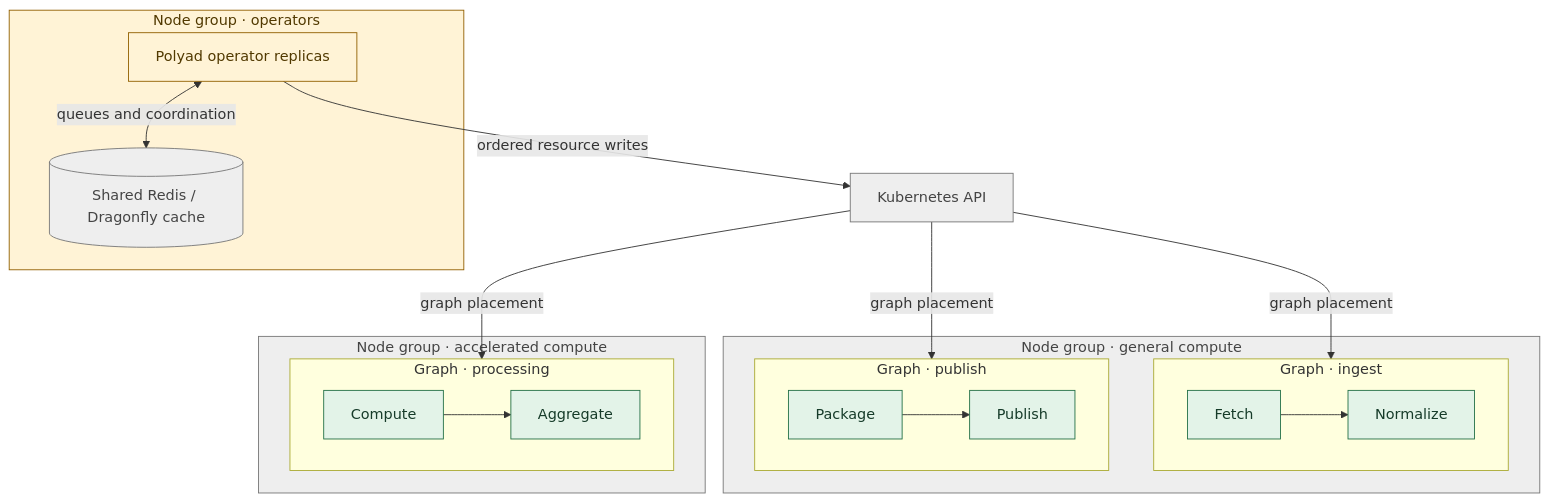
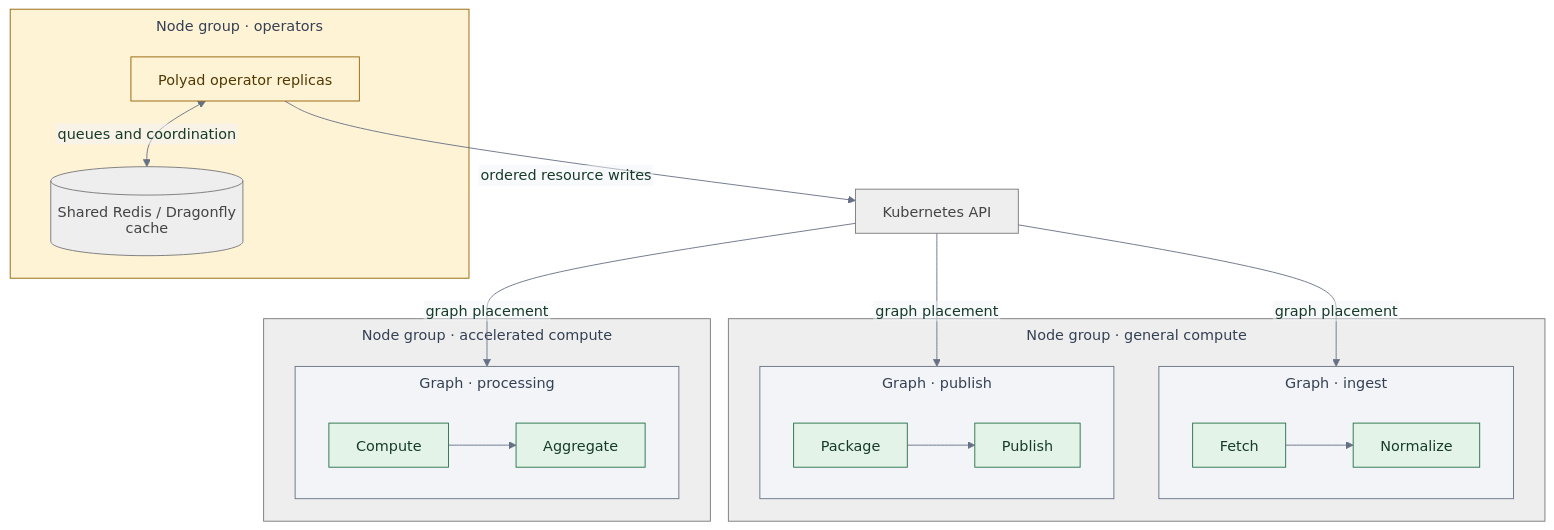
One commit to astrivant/polyad changed the fifth of 8 diagrams in README.md. Above: the diagram before and after it, drawn with Mermaid. The commit also changed other lines of this file and 1 other file, not shown here.

Commit message:
Fix diagrams

````diff
--- a/README.md
+++ b/README.md
@@ -230,35 +325,53 @@
 ```mermaid
+---
+config:
+  theme: base
+  htmlLabels: false
+  themeVariables:
+    primaryTextColor: "#163b29"
+    secondaryTextColor: "#513900"
+    tertiaryTextColor: "#344054"
+    clusterBkg: "#f2f4f7"
+    clusterBorder: "#667085"
+    titleColor: "#344054"
+    edgeLabelBackground: "#f2f4f7"
+    lineColor: "#667085"
+  flowchart:
+    subGraphTitleMargin:
+      top: 8
+      bottom: 20
+---
 flowchart TB
     subgraph control["Node group · operators"]
         operator["Polyad operator replicas"]
         cache[("Shared Redis / Dragonfly cache")]
     end
     api["Kubernetes API"]
     operator <-->|"queues and coordination"| cache
     operator -->|"ordered resource writes"| api
     subgraph groupA["Node group · general compute"]
         subgraph graphA["Graph · ingest"]
             fetch["Fetch"] --> normalize["Normalize"]
         end
         subgraph graphB["Graph · publish"]
             package["Package"] --> publish["Publish"]
         end
     end
     subgraph groupB["Node group · accelerated compute"]
         subgraph graphC["Graph · processing"]
             compute["Compute"] --> aggregate["Aggregate"]
         end
     end
     api -->|"graph placement"| graphA
     api -->|"graph placement"| graphB
     api -->|"graph placement"| graphC
     classDef execution fill:#e3f3e8,stroke:#247047,color:#163b29
     classDef constraint fill:#fff3d6,stroke:#926000,color:#513900
     classDef resource fill:#eeeeee,stroke:#777777,color:#444444
     class fetch,normalize,package,publish,compute,aggregate execution
     class operator constraint
     class api,cache resource
     style control fill:#fff3d6,stroke:#926000,color:#513900
     style groupA fill:#eeeeee,stroke:#777777,color:#444444
     style groupB fill:#eeeeee,stroke:#777777,color:#444444
 ```
````
